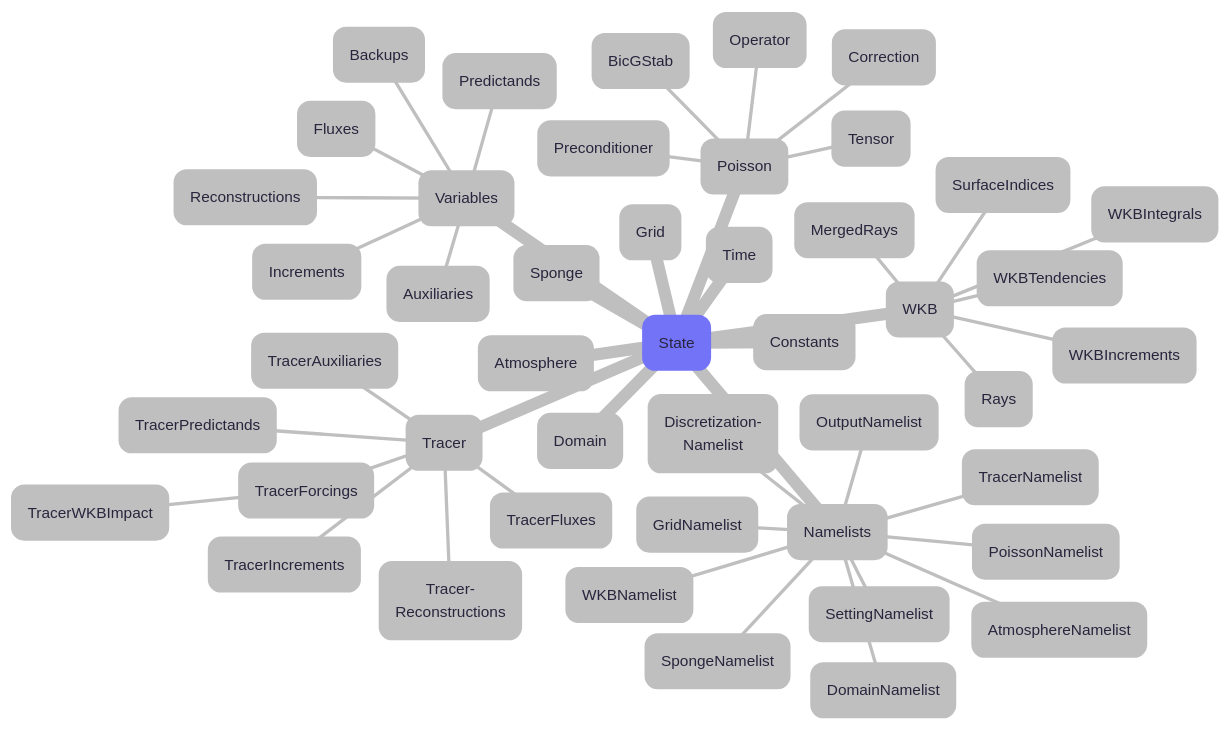
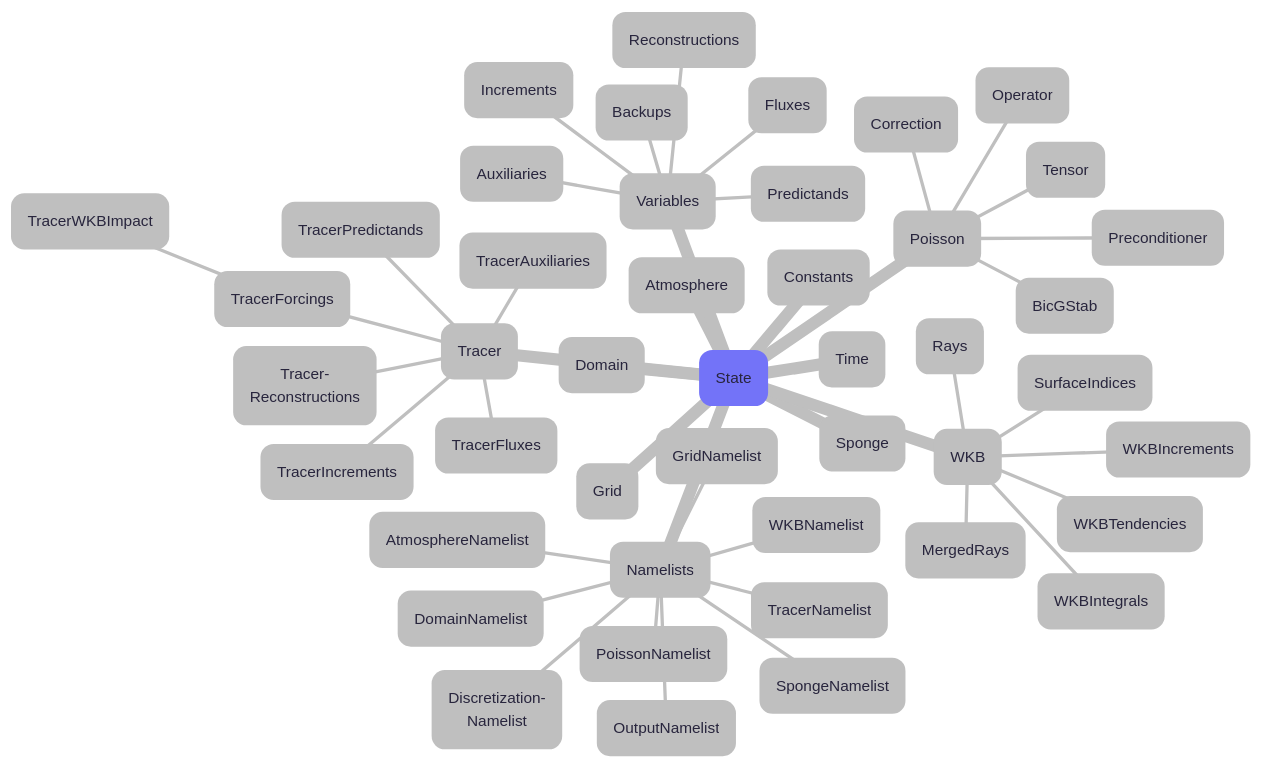
Before and after one commit to Atmospheric-Dynamics-GUF/PinCFlow.jl: the diagram in docs/src/pincflow_structures.mmd, drawn with Mermaid. The commit also changed 30 other files, not shown here.

Commit message:
Moved the namelist parameter "model" to AtmosphereNamelist and removed SettingNamelist. Reformatted the code.

```diff
--- a/docs/src/pincflow_structures.mmd
+++ b/docs/src/pincflow_structures.mmd
@@ -1,52 +1,51 @@
 ---
 config:
     theme: redux
     fontFamily: monospace
 ---
 mindmap
     root(State)
         (Atmosphere)
         (Constants)
         (Domain)
         (Grid)
         (Namelists)
             (AtmosphereNamelist)
             (Discretization-<br>Namelist)
             (DomainNamelist)
             (GridNamelist)
             (OutputNamelist)
             (PoissonNamelist)
-            (SettingNamelist)
             (SpongeNamelist)
             (TracerNamelist)
             (WKBNamelist)
         (Poisson)
             (BicGStab)
             (Correction)
             (Operator)
             (Preconditioner)
             (Tensor)
         (Sponge)
         (Time)
         (Tracer)
             (TracerAuxiliaries)
             (TracerFluxes)
             (TracerForcings)
                 (TracerWKBImpact)
             (TracerIncrements)
             (TracerPredictands)
             (Tracer-<br>Reconstructions)
         (Variables)
             (Auxiliaries)
             (Backups)
             (Fluxes)
             (Increments)
             (Predictands)
             (Reconstructions)
         (WKB)
             (MergedRays)
             (Rays)
             (SurfaceIndices)
             (WKBIncrements)
             (WKBIntegrals)
             (WKBTendencies)
```
